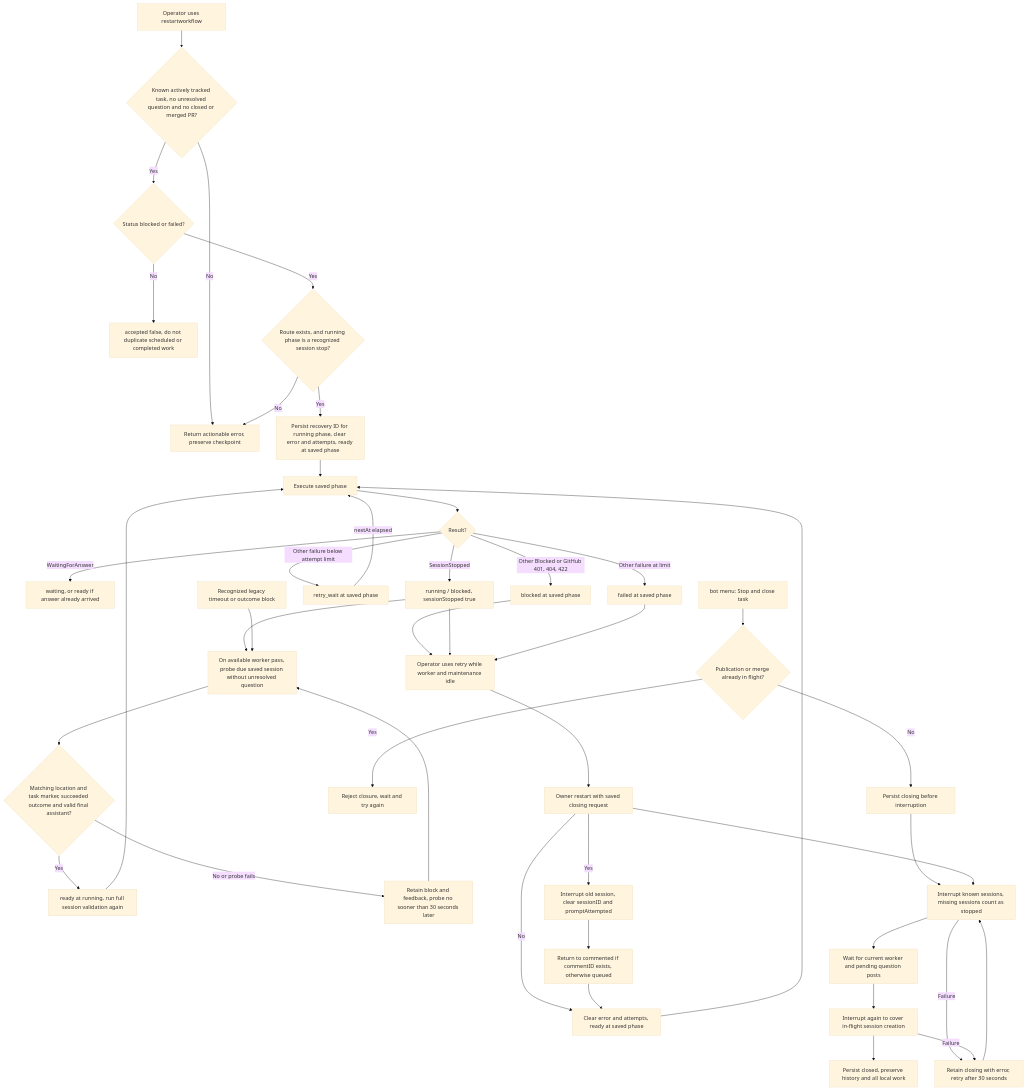
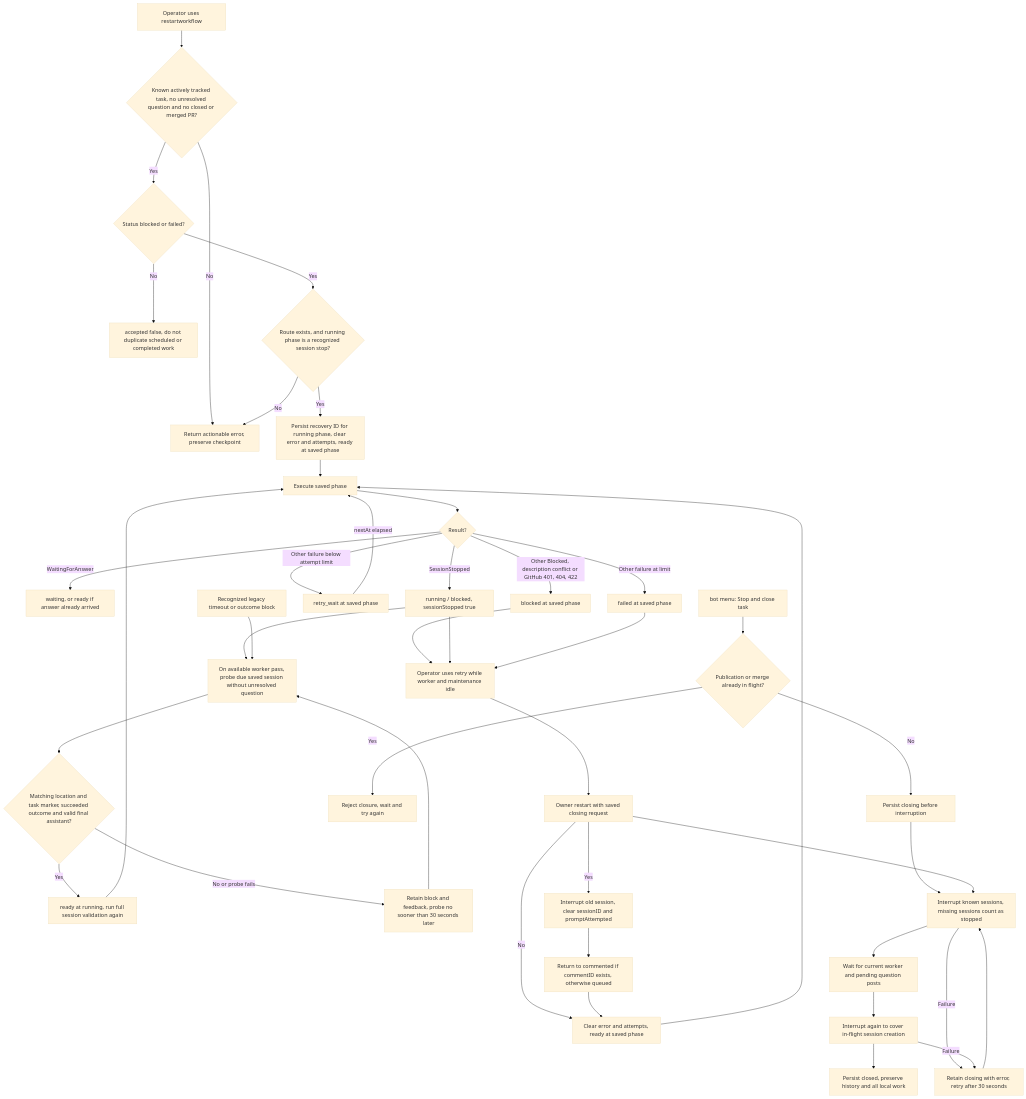
The eighth of 8 diagrams in docs/bot-workflow.md (d3cker/opencode2-github-automation), drawn with Mermaid (base theme) before and after one commit. The commit also changed other lines of this file and 14 other files, not shown here.

````diff
--- a/docs/bot-workflow.md
+++ b/docs/bot-workflow.md
@@ -604,45 +637,45 @@
 ```mermaid
 flowchart TD
     Work[Execute saved phase] --> Result{Result?}
     Result -->|WaitingForAnswer| Wait[waiting, or ready if answer already arrived]
     Result -->|SessionStopped| Stop[running / blocked, sessionStopped true]
-    Result -->|Other Blocked or GitHub 401, 404, 422| Block[blocked at saved phase]
+    Result -->|Other Blocked, description conflict or GitHub 401, 404, 422| Block[blocked at saved phase]
     Result -->|Other failure below attempt limit| Retry[retry_wait at saved phase]
     Retry -->|nextAt elapsed| Work
     Result -->|Other failure at limit| Fail[failed at saved phase]
     Stop --> Probe[On available worker pass, probe due saved session without unresolved question]
     Legacy[Recognized legacy timeout or outcome block] --> Probe
     Probe --> Complete{Matching location and task marker, succeeded outcome and valid final assistant?}
     Complete -->|Yes| Rejoin[ready at running, run full session validation again]
     Rejoin --> Work
     Complete -->|No or probe fails| Retain[Retain block and feedback, probe no sooner than 30 seconds later]
     Retain --> Probe
     Command[Operator uses restartworkflow] --> Guards{Known actively tracked task, no unresolved question and no closed or merged PR?}
     Guards -->|No| Reject[Return actionable error, preserve checkpoint]
     Guards -->|Yes| Eligible{Status blocked or failed?}
     Eligible -->|No| Noop[accepted false, do not duplicate scheduled or completed work]
     Eligible -->|Yes| Safe{Route exists, and running phase is a recognized session stop?}
     Safe -->|No| Reject
     Safe -->|Yes| Recover[Persist recovery ID for running phase, clear error and attempts, ready at saved phase]
     Recover --> Work
     Block --> Manual[Operator uses retry while worker and maintenance idle]
     Stop --> Manual
     Fail --> Manual
     Manual --> Restart{restartSession requested?}
     Restart -->|No| Reset[Clear error and attempts, ready at saved phase]
     Restart -->|Yes| Cancel[Interrupt old session, clear sessionID and promptAttempted]
     Cancel --> Earlier[Return to commented if commentID exists, otherwise queued]
     Earlier --> Reset
     Reset --> Work
     Close[bot menu: Stop and close task] --> Flight{Publication or merge already in flight?}
     Flight -->|Yes| RejectClose[Reject closure, wait and try again]
     Flight -->|No| SaveClose[Persist closing before interruption]
     SaveClose --> Interrupt[Interrupt known sessions, missing sessions count as stopped]
     Interrupt --> Drain[Wait for current worker and pending question posts]
     Drain --> Again[Interrupt again to cover in-flight session creation]
     Again --> Closed[Persist closed, preserve history and all local work]
     Interrupt -->|Failure| CloseError[Retain closing with error, retry after 30 seconds]
     Again -->|Failure| CloseError
     CloseError --> Interrupt
     Restart[Owner restart with saved closing request] --> Interrupt
 ```
````
